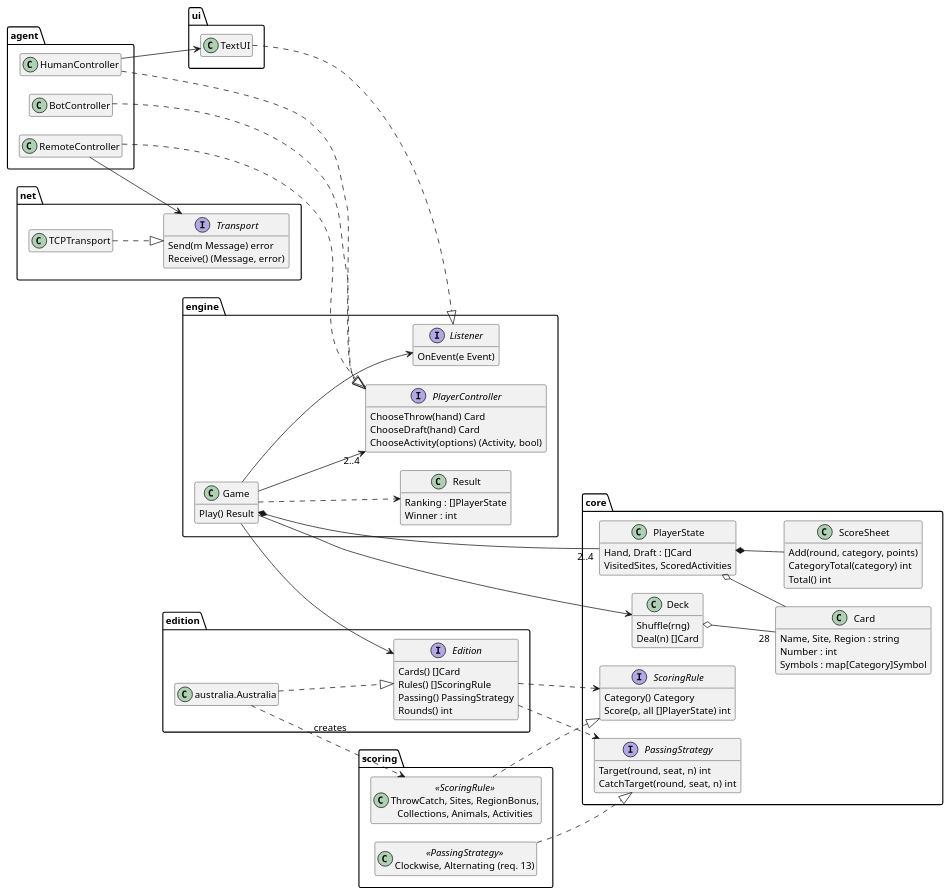
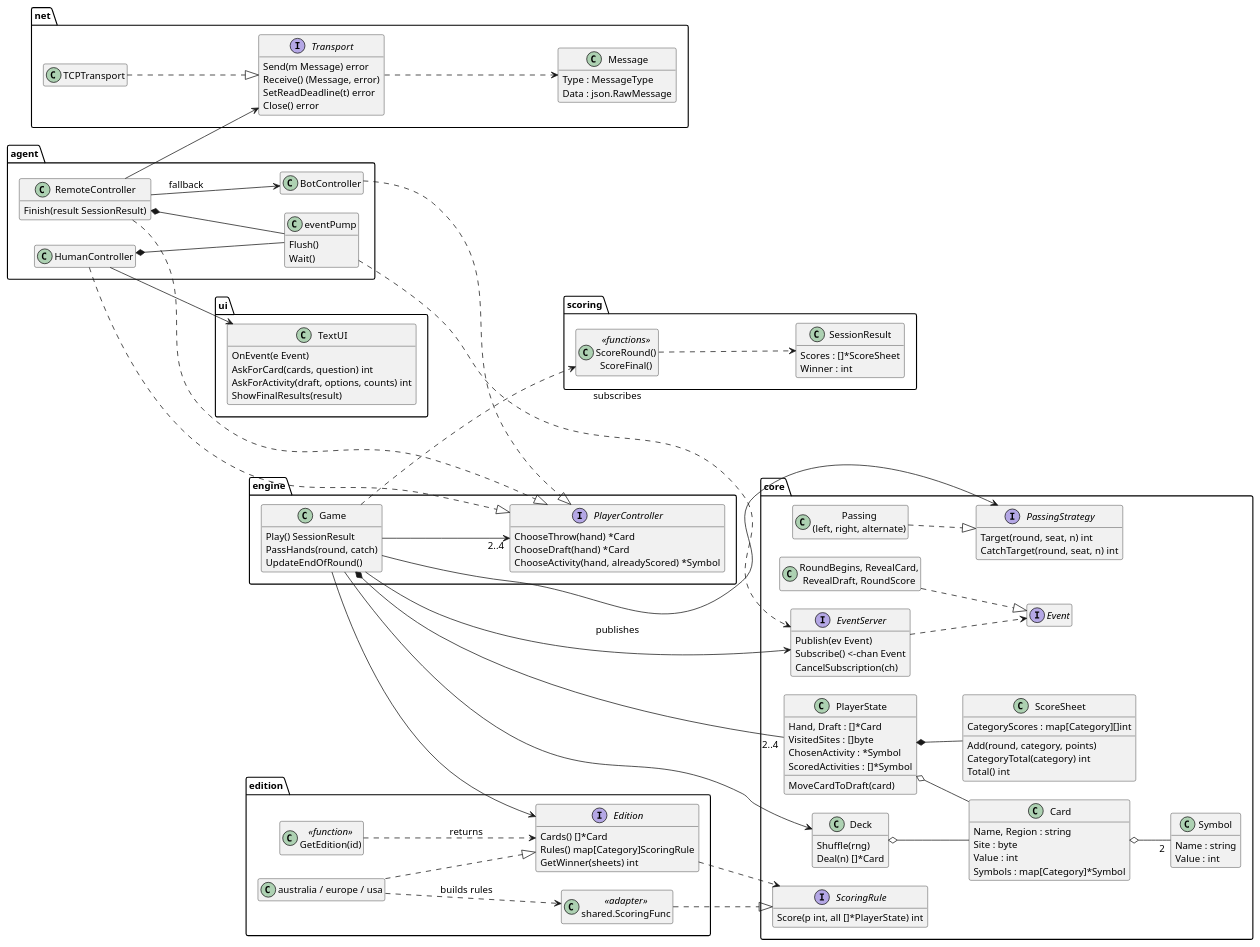
The diagram in docs/diagrams/classes.puml (BlackestDawn/ltu-boomerang), drawn with PlantUML before and after one commit. The commit also changed 5 other files, not shown here.

Commit message:
updating diagrams

```diff
--- a/docs/diagrams/classes.puml
+++ b/docs/diagrams/classes.puml
@@ -1,110 +1,151 @@
 @startuml classes
 skinparam defaultFontName Arial
 skinparam defaultFontSize 13
 skinparam shadowing false
 skinparam classAttributeIconSize 0
 skinparam nodesep 25
 skinparam ranksep 45
 hide empty members
 left to right direction
 
 package agent {
   class HumanController
   class BotController
-  class RemoteController
+  class RemoteController {
+    Finish(result SessionResult)
+  }
+  class eventPump {
+    Flush()
+    Wait()
+  }
 }
 package ui {
-  class TextUI
+  class TextUI {
+    OnEvent(e Event)
+    AskForCard(cards, question) int
+    AskForActivity(draft, options, counts) int
+    ShowFinalResults(result)
+  }
 }
 package net {
   interface Transport {
     Send(m Message) error
     Receive() (Message, error)
+    SetReadDeadline(t) error
+    Close() error
   }
   class TCPTransport
+  class Message {
+    Type : MessageType
+    Data : json.RawMessage
+  }
 }
 package engine {
   class Game {
-    Play() Result
+    Play() SessionResult
+    PassHands(round, catch)
+    UpdateEndOfRound()
   }
   interface PlayerController {
-    ChooseThrow(hand) Card
-    ChooseDraft(hand) Card
-    ChooseActivity(options) (Activity, bool)
+    ChooseThrow(hand) *Card
+    ChooseDraft(hand) *Card
+    ChooseActivity(hand, alreadyScored) *Symbol
   }
-  interface Listener {
-    OnEvent(e Event)
-  }
-  class Result {
-    Ranking : []PlayerState
+}
+package scoring {
+  class SessionResult {
+    Scores : []*ScoreSheet
     Winner : int
   }
+  class "ScoreRound()\nScoreFinal()" as ScoringFuncs <<functions>>
 }
 package edition {
   interface Edition {
-    Cards() []Card
-    Rules() []ScoringRule
-    Passing() PassingStrategy
-    Rounds() int
+    Cards() []*Card
+    Rules() map[Category]ScoringRule
+    GetWinner(sheets) int
   }
-  class "australia.Australia" as Australia
+  class "GetEdition(id)" as Registry <<function>>
+  class "australia / europe / usa" as Editions
+  class "shared.ScoringFunc" as ScoringFunc <<adapter>>
 }
 package core {
   interface ScoringRule {
-    Category() Category
-    Score(p, all []PlayerState) int
+    Score(p int, all []*PlayerState) int
   }
   interface PassingStrategy {
     Target(round, seat, n) int
     CatchTarget(round, seat, n) int
   }
+  class "Passing\n(left, right, alternate)" as Passing
+  interface EventServer {
+    Publish(ev Event)
+    Subscribe() <-chan Event
+    CancelSubscription(ch)
+  }
+  interface Event
+  class "RoundBegins, RevealCard,\nRevealDraft, RoundScore" as Events
   class PlayerState {
-    Hand, Draft : []Card
-    VisitedSites, ScoredActivities
+    Hand, Draft : []*Card
+    VisitedSites : []byte
+    ChosenActivity : *Symbol
+    ScoredActivities : []*Symbol
+    MoveCardToDraft(card)
   }
   class ScoreSheet {
+    CategoryScores : map[Category][]int
     Add(round, category, points)
     CategoryTotal(category) int
     Total() int
   }
   class Deck {
     Shuffle(rng)
-    Deal(n) []Card
+    Deal(n) []*Card
   }
   class Card {
-    Name, Site, Region : string
-    Number : int
-    Symbols : map[Category]Symbol
+    Name, Region : string
+    Site : byte
+    Value : int
+    Symbols : map[Category]*Symbol
   }
-}
-package scoring {
-  class "ThrowCatch, Sites, RegionBonus,\nCollections, Animals, Activities" as Rules <<ScoringRule>>
-  class "Clockwise, Alternating (req. 13)" as Passings <<PassingStrategy>>
+  class Symbol {
+    Name : string
+    Value : int
+  }
 }
 
 HumanController ..|> PlayerController
 BotController ..|> PlayerController
 RemoteController ..|> PlayerController
 RemoteController --> Transport
+RemoteController --> BotController : fallback
+RemoteController *-- eventPump
+HumanController *-- eventPump
 HumanController --> TextUI
 TCPTransport ..|> Transport
-TextUI ..|> Listener
+Transport ..> Message
+eventPump ..> EventServer : subscribes
 
 Game --> "2..4" PlayerController
-Game --> Listener
+Game --> EventServer : publishes
 Game --> Edition
+Game --> PassingStrategy
 Game *-- "2..4" PlayerState
-Game ..> Result
 Game --> Deck
+Game ..> ScoringFuncs
+ScoringFuncs ..> SessionResult
 
-Australia ..|> Edition
-Australia ..> Rules : creates
+Registry ..> Edition : returns
+Editions ..|> Edition
+Editions ..> ScoringFunc : builds rules
+ScoringFunc ..|> ScoringRule
 Edition ..> ScoringRule
-Edition ..> PassingStrategy
 
-Rules ..|> ScoringRule
-Passings ..|> PassingStrategy
+Passing ..|> PassingStrategy
+Events ..|> Event
+EventServer ..> Event
 PlayerState *-- ScoreSheet
 PlayerState o-- Card
-Deck o-- "28" Card
+Deck o-- Card
+Card o-- "2" Symbol
 @enduml
```
